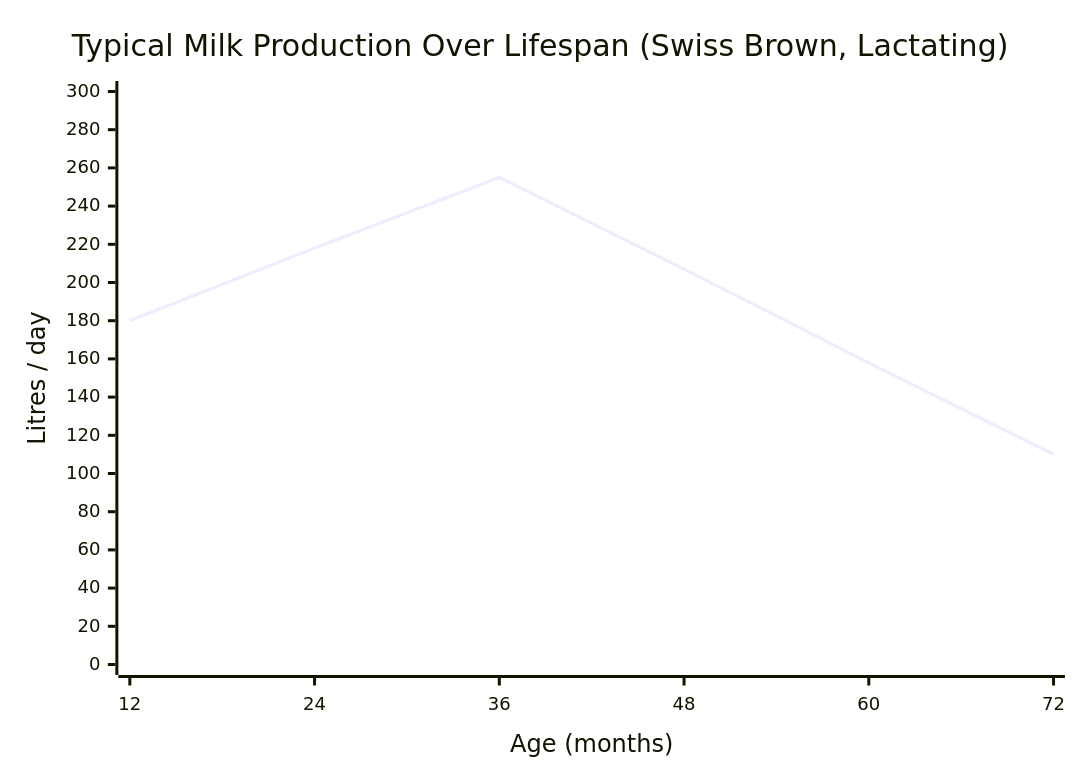
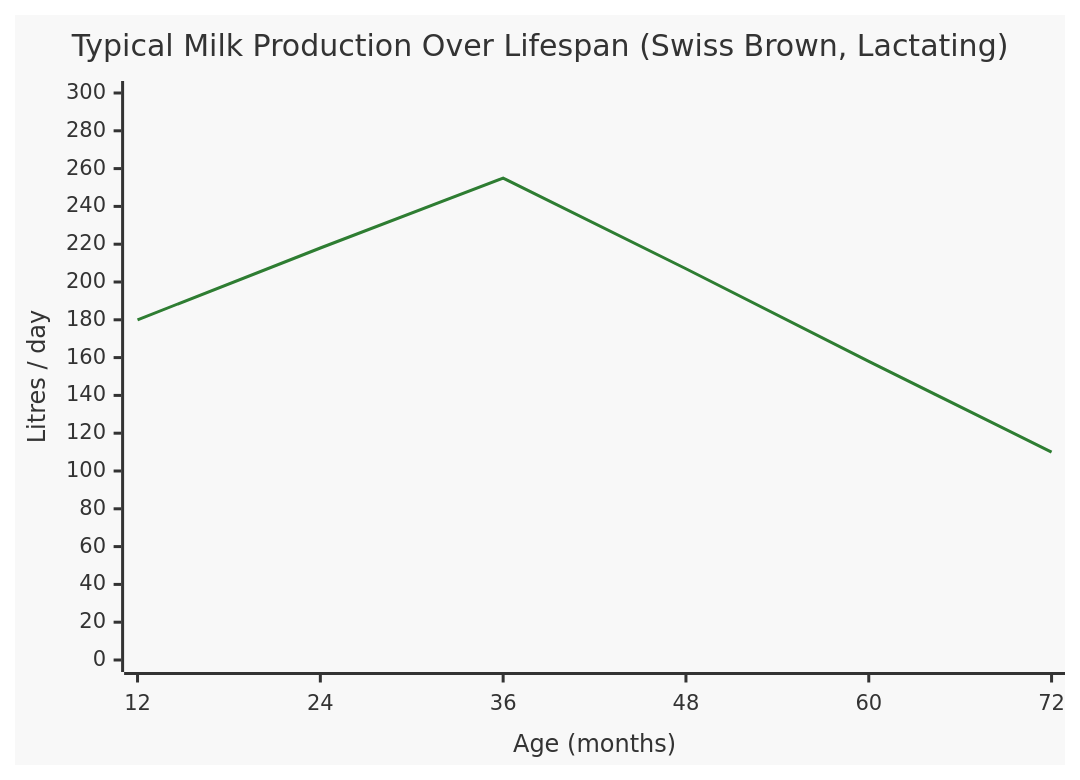
Before and after one commit to rittermod/FS25_RealisticLivestockRM: the diagram in docs/user-guide/factsheet-cattle.md, drawn with Mermaid. The commit also changed other lines of this file and 5 other files, not shown here.

Commit message:
docs: Add contrast to graphs and remove useless graphs

````diff
--- a/docs/user-guide/factsheet-cattle.md
+++ b/docs/user-guide/factsheet-cattle.md
@@ -47,15 +47,8 @@
 ```mermaid
----
-config:
-    xyChart:
-        xAxis:
-            labelFontSize: 12
-        yAxis:
-            labelFontSize: 12
----
+%%{init: {"themeVariables": {"xyChart": {"backgroundColor": "#f8f8f8", "titleColor": "#333333", "xAxisLabelColor": "#333333", "xAxisTitleColor": "#333333", "xAxisTickColor": "#333333", "xAxisLineColor": "#333333", "yAxisLabelColor": "#333333", "yAxisTitleColor": "#333333", "yAxisTickColor": "#333333", "yAxisLineColor": "#333333", "plotColorPalette": "#2e7d32"}}}}%%
 xychart-beta
     title "Typical Milk Production Over Lifespan (Swiss Brown, Lactating)"
     x-axis "Age (months)" [12, 24, 36, 48, 60, 72]
     y-axis "Litres / day" 0 --> 300
     line [180, 218, 255, 207, 158, 110]
 ```
````
